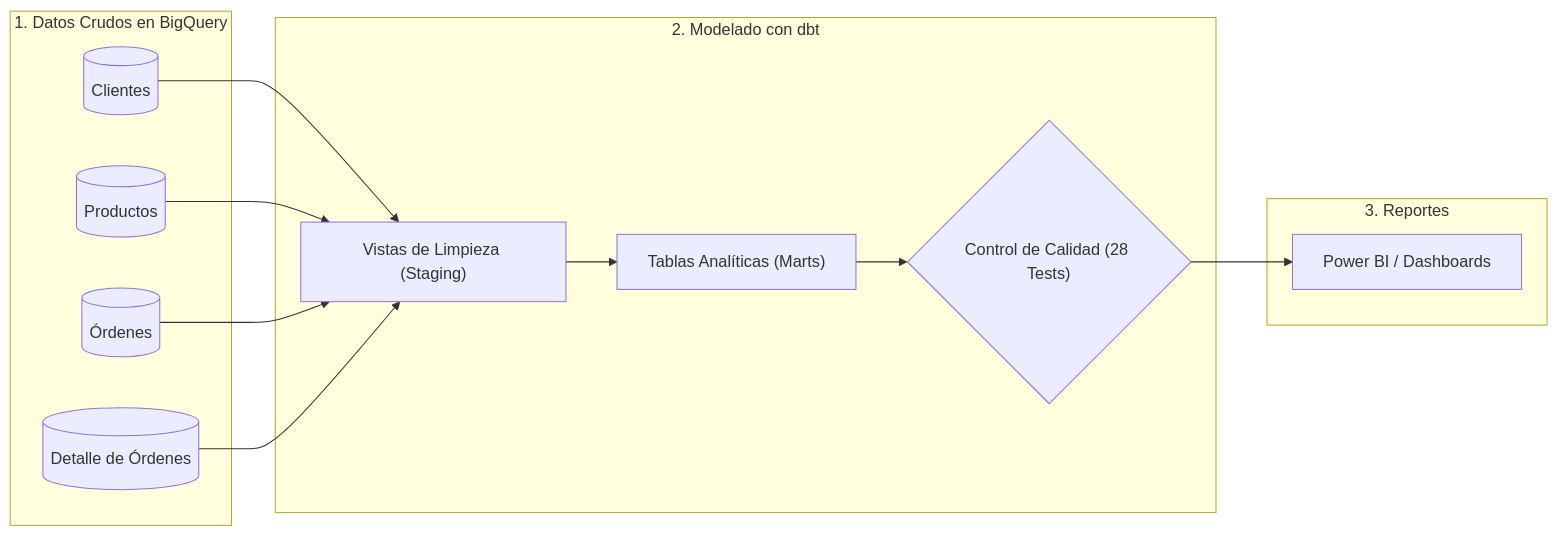
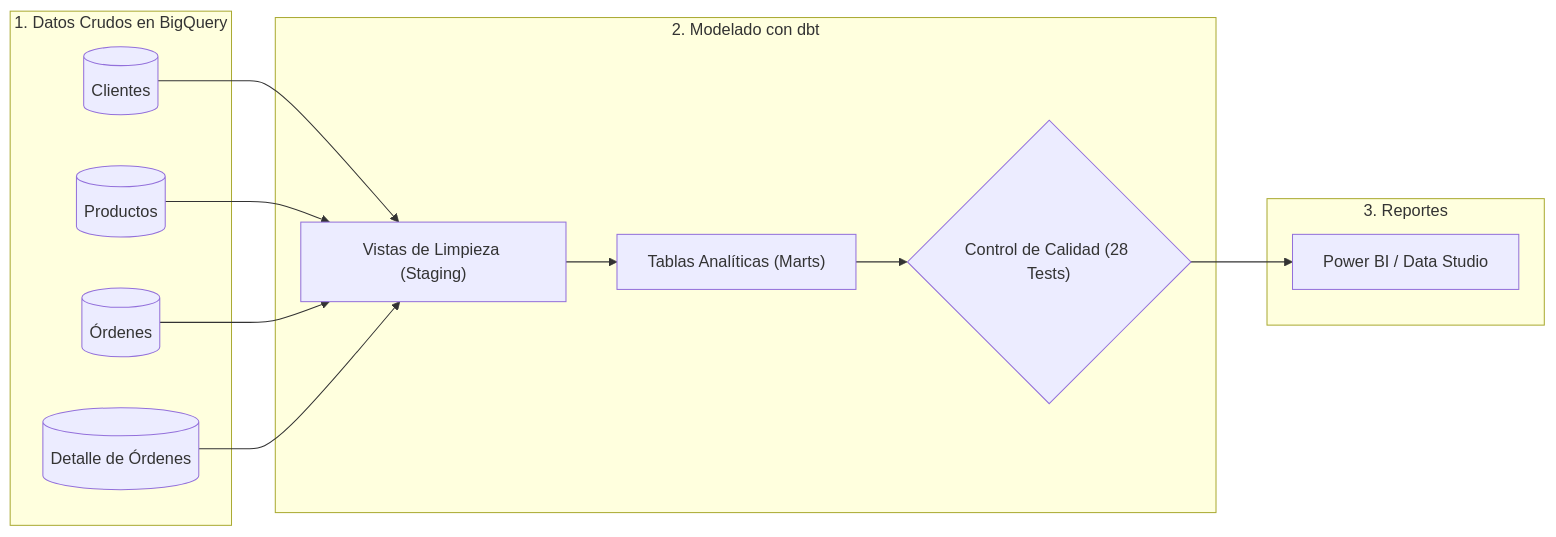
One commit to rubenbarrios-bigdata/retail-analytics-dbt changed the diagram in README.md. Above: the diagram before and after it, drawn with Mermaid. The commit also changed other lines of this file, not shown here.

Commit message:
docs: add Data Studio to Mermaid diagram and reporting sections

````diff
--- a/README.md
+++ b/README.md
@@ -55,28 +55,28 @@
 ```mermaid
 graph LR
     subgraph S1 ["1. Datos Crudos en BigQuery"]
         A[("Clientes")]
         B[("Productos")]
         C[("Órdenes")]
         D[("Detalle de Órdenes")]
     end
 
     subgraph S2 ["2. Modelado con dbt"]
         E["Vistas de Limpieza (Staging)"]
         F["Tablas Analíticas (Marts)"]
         G{"Control de Calidad (28 Tests)"}
     end
 
     subgraph S3 ["3. Reportes"]
-        H["Power BI / Dashboards"]
+        H["Power BI / Data Studio"]
     end
 
     A --> E
     B --> E
     C --> E
     D --> E
 
     E --> F
     F --> G
     G --> H
 ```
````
